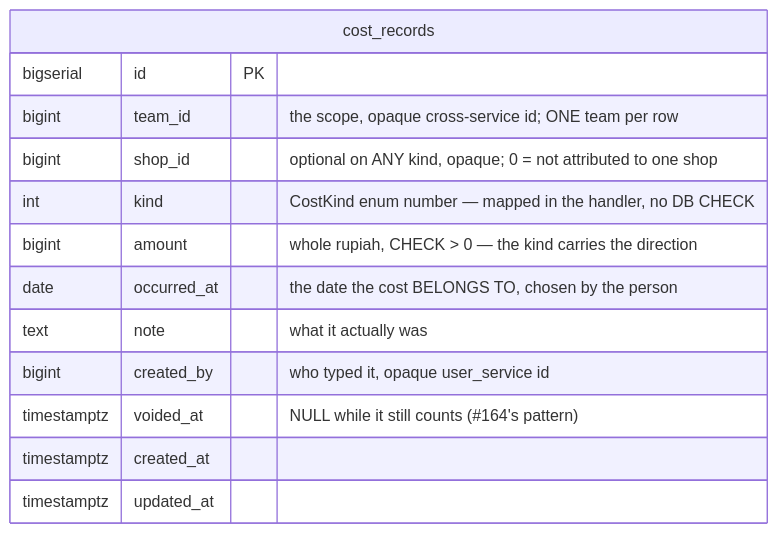
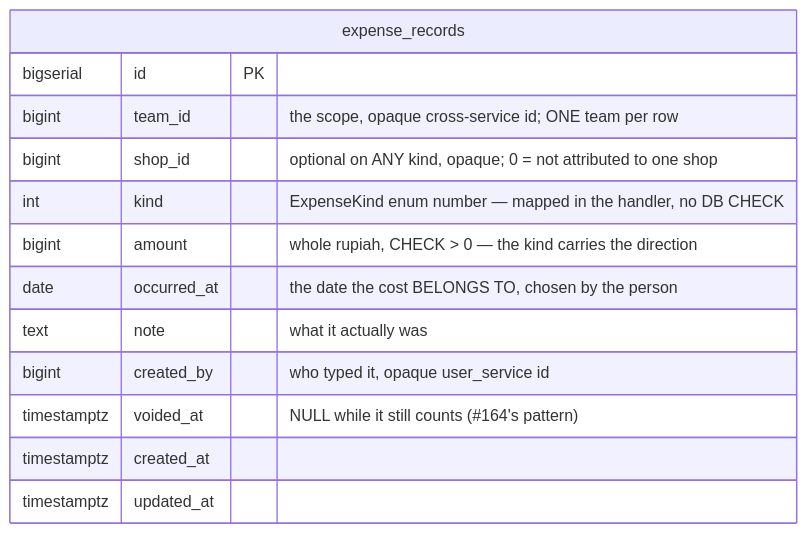
Diagram 12 of 12 in docs/database-schema.md (pdcgo/warehouse_revamp), drawn with Mermaid before and after one commit. The commit also changed other lines of this file and 64 other files, not shown here.

````diff
--- a/docs/database-schema.md
+++ b/docs/database-schema.md
@@ -779,16 +779,16 @@
 ```mermaid
 erDiagram
-    cost_records {
+    expense_records {
         bigserial   id          PK
         bigint      team_id     "the scope, opaque cross-service id; ONE team per row"
         bigint      shop_id     "optional on ANY kind, opaque; 0 = not attributed to one shop"
-        int         kind        "CostKind enum number — mapped in the handler, no DB CHECK"
+        int         kind        "ExpenseKind enum number — mapped in the handler, no DB CHECK"
         bigint      amount      "whole rupiah, CHECK > 0 — the kind carries the direction"
         date        occurred_at "the date the cost BELONGS TO, chosen by the person"
         text        note        "what it actually was"
         bigint      created_by  "who typed it, opaque user_service id"
         timestamptz voided_at   "NULL while it still counts (#164's pattern)"
         timestamptz created_at
         timestamptz updated_at
     }
 ```
````
